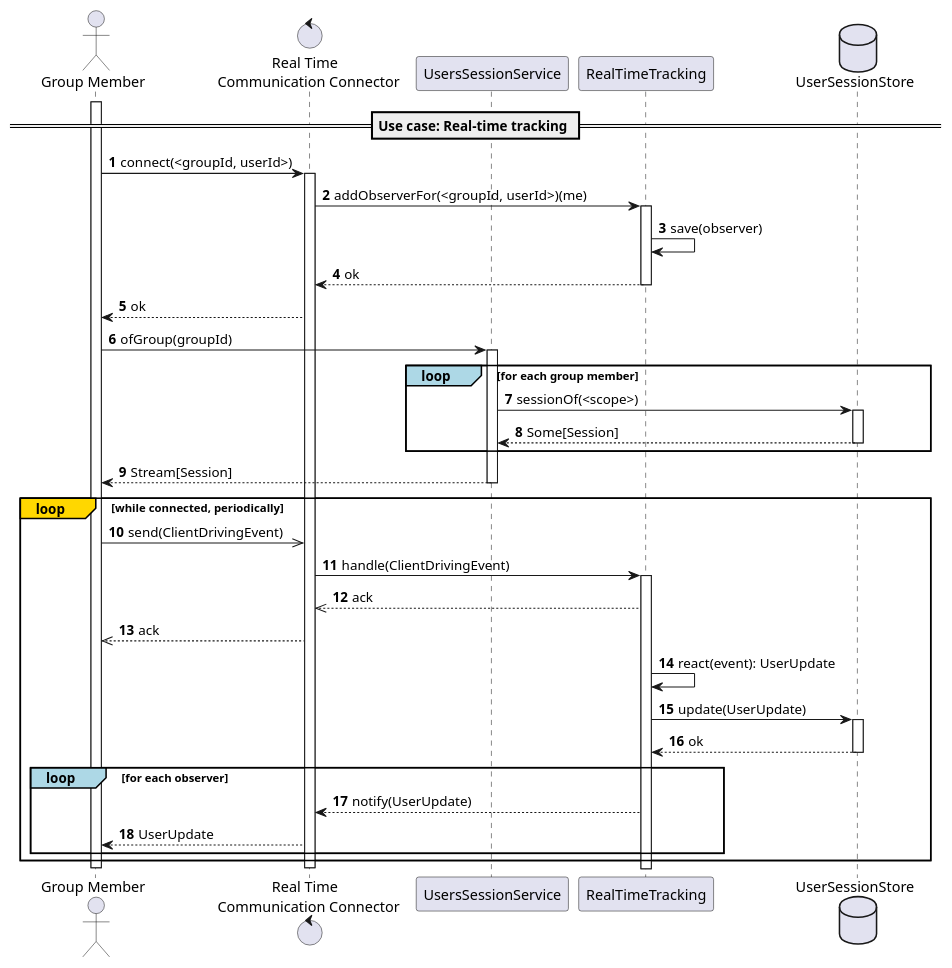
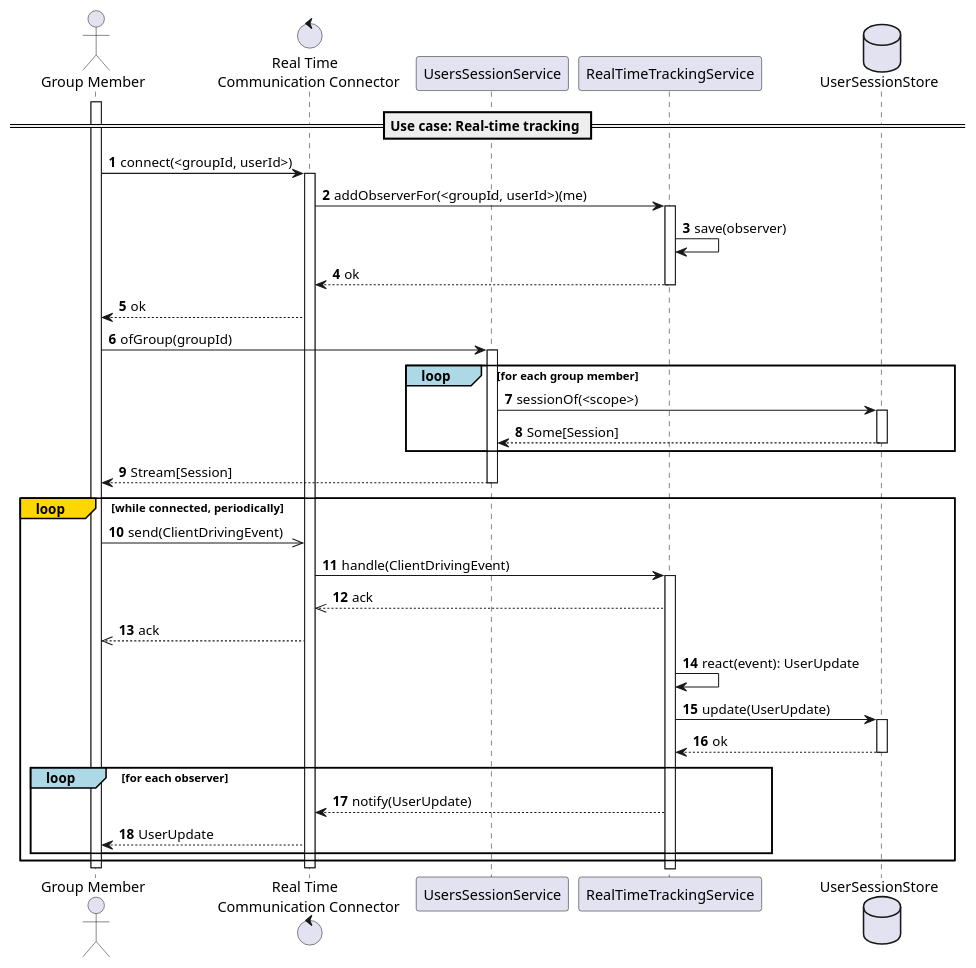
The third of 4 diagrams in content/docs/4-detailed-design/2-location-service.md (position-pal/Documentation), drawn with PlantUML before and after one commit. The commit also changed other lines of this file and 4 other files, not shown here.

Commit message:
more schemas

````diff
--- a/content/docs/4-detailed-design/2-location-service.md
+++ b/content/docs/4-detailed-design/2-location-service.md
@@ -295,56 +295,56 @@
 ```plantuml
 @startuml location-service-interaction
 autonumber
 
 actor "Group Member" as User
 control "Real Time \n Communication Connector" as RTC
 participant UsersSessionService as USS
-participant RealTimeTracking as RTT
+participant RealTimeTrackingService as RTT
 database UserSessionStore as USSS
 
 == Use case: Real-time tracking ==
 
 activate User
 
 User -> RTC: connect(<groupId, userId>)
 activate RTC
 RTC -> RTT: addObserverFor(<groupId, userId>)(me)
 activate RTT
 RTT -> RTT: save(observer)
 RTT --> RTC: ok
 deactivate RTT
 RTC --> User: ok
 
 User -> USS: ofGroup(groupId)
 activate USS
 loop#Lightblue for each group member
     USS -> USSS: sessionOf(<scope>)
     activate USSS
     USSS --> USS: Some[Session]
     deactivate USSS
 end
 USS --> User: Stream[Session]
 deactivate USS
 
 loop#gold while connected, periodically
     User ->> RTC: send(ClientDrivingEvent)
     RTC -> RTT: handle(ClientDrivingEvent)
     activate RTT
     RTT -->> RTC: ack
     RTC -->> User: ack
     RTT -> RTT: react(event): UserUpdate
     RTT -> USSS: update(UserUpdate)
     activate USSS
     USSS --> RTT: ok
     deactivate USSS
     loop#Lightblue for each observer
         RTT --> RTC: notify(UserUpdate)
         RTC --> User: UserUpdate
     end
 end
 
 deactivate RTC
 deactivate User
 
 @enduml
 ```
````
